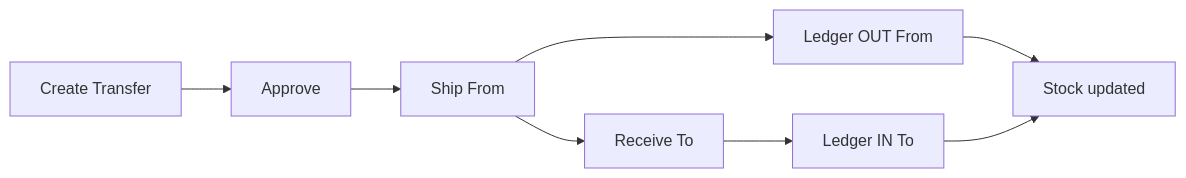
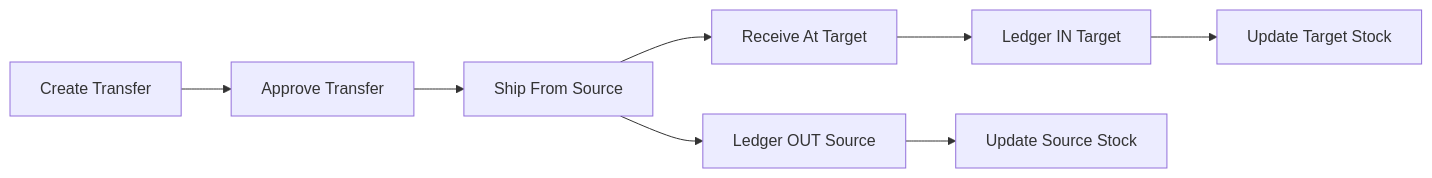
The fourth of 17 diagrams in docs/erd.md (Masterly0607/stock-management), drawn with Mermaid before and after one commit. The commit also changed other lines of this file, not shown here.

````diff
--- a/docs/erd.md
+++ b/docs/erd.md
@@ -140,10 +130,10 @@
 ```mermaid
 flowchart LR
-  A[Create Transfer] --> B[Approve]
-  B --> SH[Ship From]
-  SH --> L1[Ledger OUT From]
-  SH --> RV[Receive To]
-  RV --> L2[Ledger IN To]
-  L1 --> S[Stock updated]
-  L2 --> S
+  A[Create Transfer] --> B[Approve Transfer]
+  B --> SH[Ship From Source]
+  SH --> L1[Ledger OUT Source]
+  SH --> RV[Receive At Target]
+  RV --> L2[Ledger IN Target]
+  L1 --> S1[Update Source Stock]
+  L2 --> S2[Update Target Stock]
 ```
````
